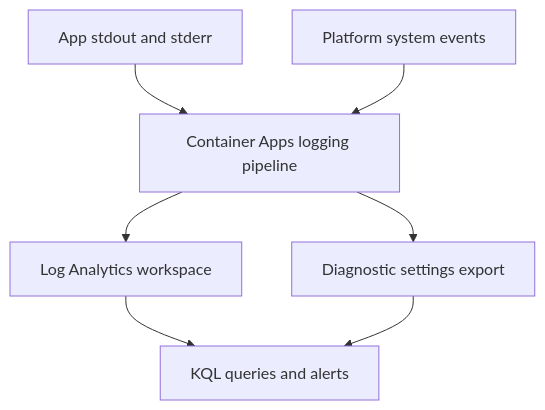
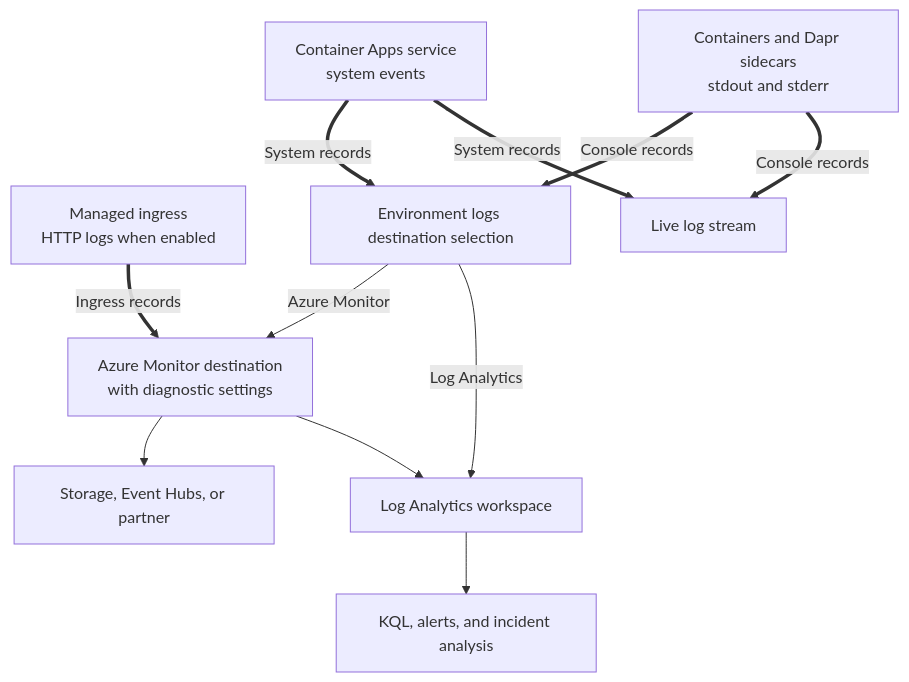
Before and after one commit to yeongseon/azure-container-apps-practical-guide: the diagram in docs/operations/logging/index.md, drawn with Mermaid. The commit also changed other lines of this file and 13 other files, not shown here.

First line of the commit message:
docs(diagrams): migrate the Container Apps operations diagrams (#614)

````diff
--- a/docs/operations/logging/index.md
+++ b/docs/operations/logging/index.md
@@ -74,9 +82,23 @@
 ```mermaid
 flowchart TD
-    A[App stdout and stderr] --> B[Container Apps logging pipeline]
-    C[Platform system events] --> B
-    B --> D[Log Analytics workspace]
-    B --> E[Diagnostic settings export]
-    D --> F[KQL queries and alerts]
-    E --> F
+    CONSOLE[Containers and Dapr sidecars<br/>stdout and stderr]
+    SYSTEM[Container Apps service<br/>system events]
+    HTTP[Managed ingress<br/>HTTP logs when enabled]
+    LIVE[Live log stream]
+    DESTINATION[Environment logs destination selection]
+    LOG_ANALYTICS[Log Analytics workspace]
+    AZURE_MONITOR[Azure Monitor destination<br/>with diagnostic settings]
+    EXTERNAL[Storage, Event Hubs, or partner]
+    ANALYSIS[KQL, alerts, and incident analysis]
+
+    CONSOLE ==>|Console records| LIVE
+    SYSTEM ==>|System records| LIVE
+    CONSOLE ==>|Console records| DESTINATION
+    SYSTEM ==>|System records| DESTINATION
+    HTTP ==>|Ingress records| AZURE_MONITOR
+    DESTINATION -->|Log Analytics| LOG_ANALYTICS
+    DESTINATION -->|Azure Monitor| AZURE_MONITOR
+    LOG_ANALYTICS --> ANALYSIS
+    AZURE_MONITOR --> LOG_ANALYTICS
+    AZURE_MONITOR --> EXTERNAL
 ```
````
